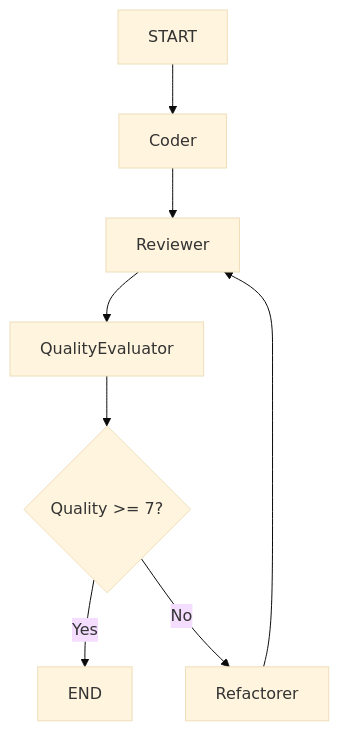
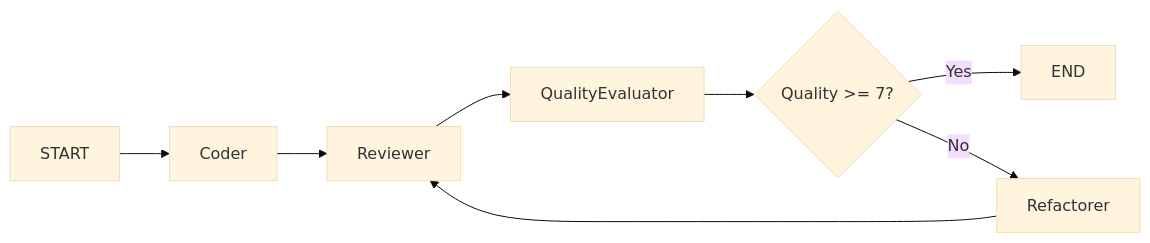
The second of 6 diagrams in PATTERNS.md (rulala/fac-ws_ai_multi-agent), drawn with Mermaid (base theme) before and after one commit.

````diff
--- a/PATTERNS.md
+++ b/PATTERNS.md
@@ -31,10 +31,10 @@
 ```mermaid
-graph TD
+graph LR
     START --> Coder
     Coder --> Reviewer
     Reviewer --> QualityEvaluator
     QualityEvaluator --> QualityGate{Quality >= 7?}
     QualityGate -->|Yes| END
     QualityGate -->|No| Refactorer
     Refactorer --> Reviewer
 ```
````
